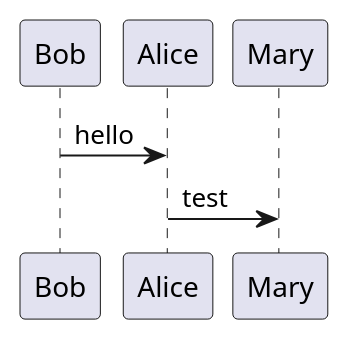
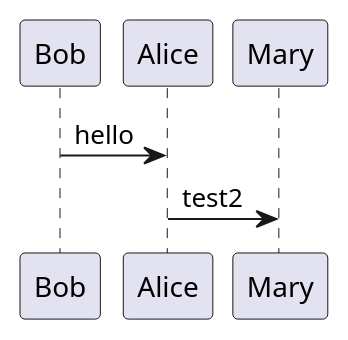
Before and after one commit to rafaelbrandaof/plantuml: the diagram in plantuml/theinclude.iuml, drawn with PlantUML. The commit also changed 3 other files, not shown here.

```diff
--- a/plantuml/theinclude.iuml
+++ b/plantuml/theinclude.iuml
@@ -1,2 +1,2 @@
 Bob -> Alice : hello
-Alice -> Mary : test
+Alice -> Mary : test2
```
